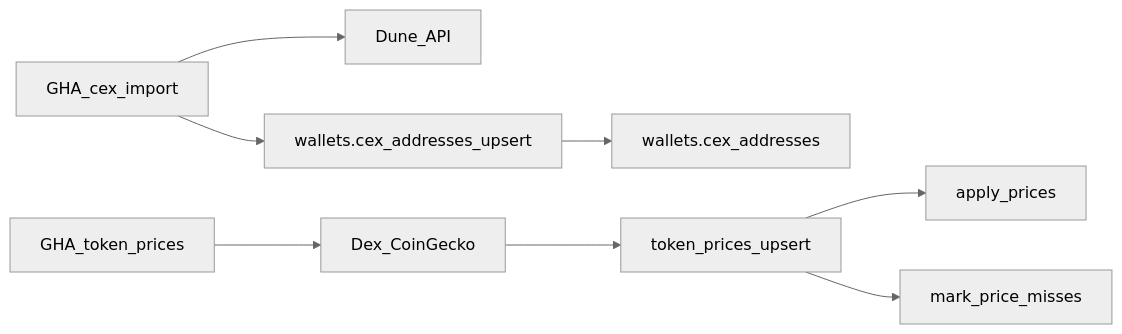
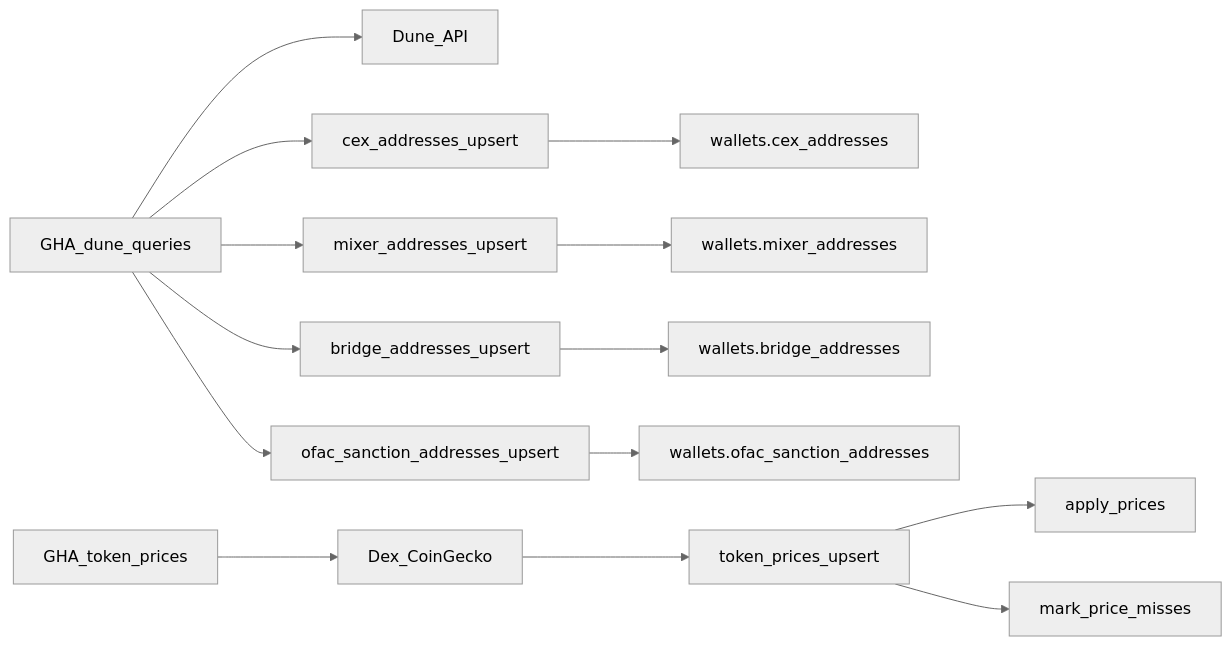
One commit to GlobalScoreAgent/gsa-workers changed the fifth of 6 diagrams in docs/ARCHITECTURE.md. Above: the diagram before and after it, drawn with Mermaid (neutral theme). The commit also changed other lines of this file and 15 other files, not shown here.

First line of the commit message:
Replace CEX import with dune_queries_import for four Dune tasks.

````diff
--- a/docs/ARCHITECTURE.md
+++ b/docs/ARCHITECTURE.md
@@ -155,10 +155,16 @@
 ```mermaid
 flowchart LR
-  ghaCex[GHA_cex_import] --> duneApi[Dune_API]
-  ghaCex --> upsertCex["wallets.cex_addresses_upsert"]
+  ghaDune[GHA_dune_queries] --> duneApi[Dune_API]
+  ghaDune --> upsertCex["cex_addresses_upsert"]
+  ghaDune --> upsertMix["mixer_addresses_upsert"]
+  ghaDune --> upsertBr["bridge_addresses_upsert"]
+  ghaDune --> upsertOfac["ofac_sanction_addresses_upsert"]
   upsertCex --> cexTable[wallets.cex_addresses]
+  upsertMix --> mixTable[wallets.mixer_addresses]
+  upsertBr --> brTable[wallets.bridge_addresses]
+  upsertOfac --> ofacTable[wallets.ofac_sanction_addresses]
   ghaPrices[GHA_token_prices] --> dexCg[Dex_CoinGecko]
   dexCg --> upsertPrices["token_prices_upsert"]
   upsertPrices --> applyPos["apply_prices"]
   upsertPrices --> markMiss["mark_price_misses"]
 ```
````
